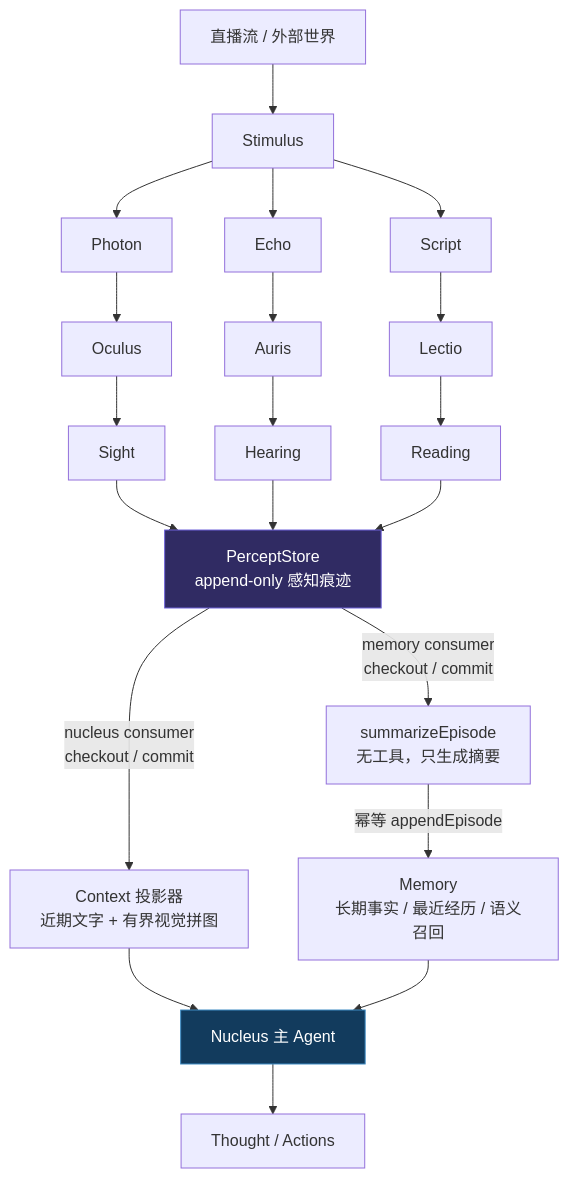
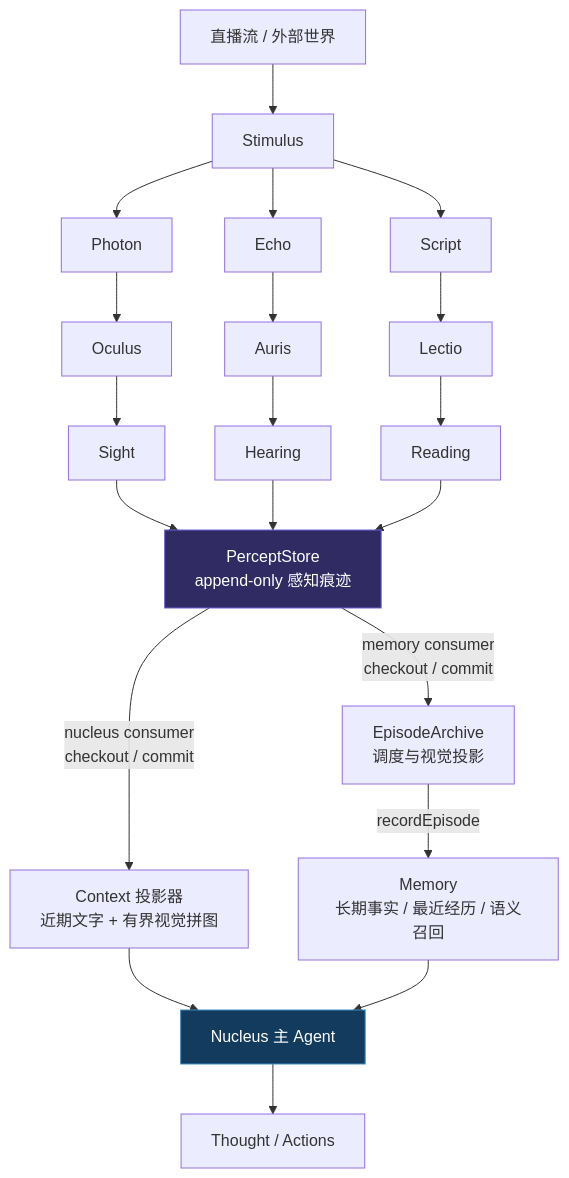
Before and after one commit to YanChenBai/ciel: the first of 2 diagrams in README.md, drawn with Mermaid. The commit also changed other lines of this file and 37 other files, not shown here.

Commit message:
refactor(core): simplify cognition and episode flow

````diff
--- a/README.md
+++ b/README.md
@@ -62,29 +62,29 @@
 ```mermaid
 flowchart TD
   World["直播流 / 外部世界"] --> Stimulus["Stimulus"]
 
   Stimulus --> Photon
   Stimulus --> Echo
   Stimulus --> Script
 
   Photon --> Oculus --> Sight
   Echo --> Auris --> Hearing
   Script --> Lectio --> Reading
 
   Sight --> PerceptStore["PerceptStore<br/>append-only 感知痕迹"]
   Hearing --> PerceptStore
   Reading --> PerceptStore
 
   PerceptStore -->|"nucleus consumer<br/>checkout / commit"| Projector["Context 投影器<br/>近期文字 + 有界视觉拼图"]
   Projector --> Nucleus["Nucleus 主 Agent"]
   Memory["Memory<br/>长期事实 / 最近经历 / 语义召回"] --> Nucleus
   Nucleus --> Thought["Thought / Actions"]
 
-  PerceptStore -->|"memory consumer<br/>checkout / commit"| Summarizer["summarizeEpisode<br/>无工具，只生成摘要"]
-  Summarizer -->|"幂等 appendEpisode"| Memory
+  PerceptStore -->|"memory consumer<br/>checkout / commit"| Archive["EpisodeArchive<br/>调度与视觉投影"]
+  Archive -->|"recordEpisode"| Memory
 
   classDef journal fill:#302b63,color:#fff,stroke:#6f63d9;
   classDef agent fill:#123b5d,color:#fff,stroke:#3e8cc4;
   class PerceptStore journal;
   class Nucleus agent;
 ```
````
